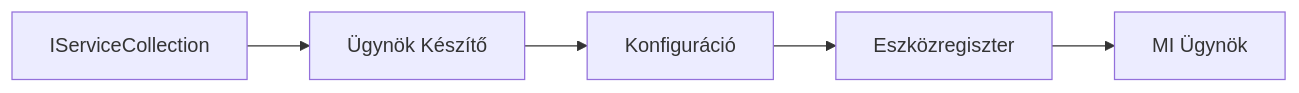
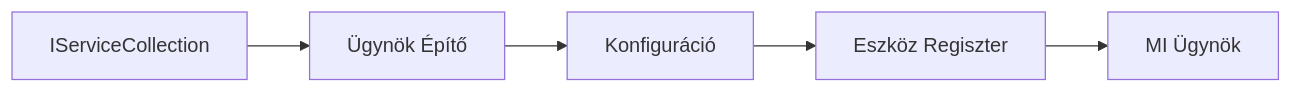
One commit to venturemavenwill/azureaifundamentals changed the diagram in translations/hu/03-agentic-design-patterns/code_samples/03-dotnet-agent-framework.md. Above: the diagram before and after it, drawn with Mermaid. The commit also changed other lines of this file and 2002 other files, not shown here.

````diff
--- a/translations/hu/03-agentic-design-patterns/code_samples/03-dotnet-agent-framework.md
+++ b/translations/hu/03-agentic-design-patterns/code_samples/03-dotnet-agent-framework.md
@@ -41,7 +41,7 @@
 ```mermaid
 graph LR
-    A[IServiceCollection] --> B[Ügynök Készítő]
+    A[IServiceCollection] --> B[Ügynök Építő]
     B --> C[Konfiguráció]
-    C --> D[Eszközregiszter]
+    C --> D[Eszköz Regiszter]
     D --> E[MI Ügynök]
 ```
````
